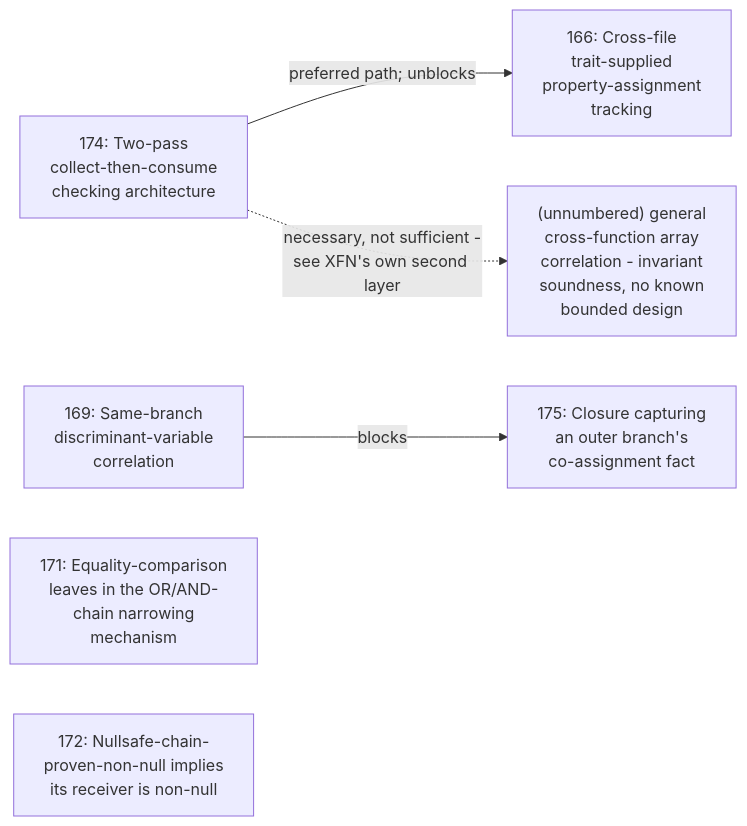
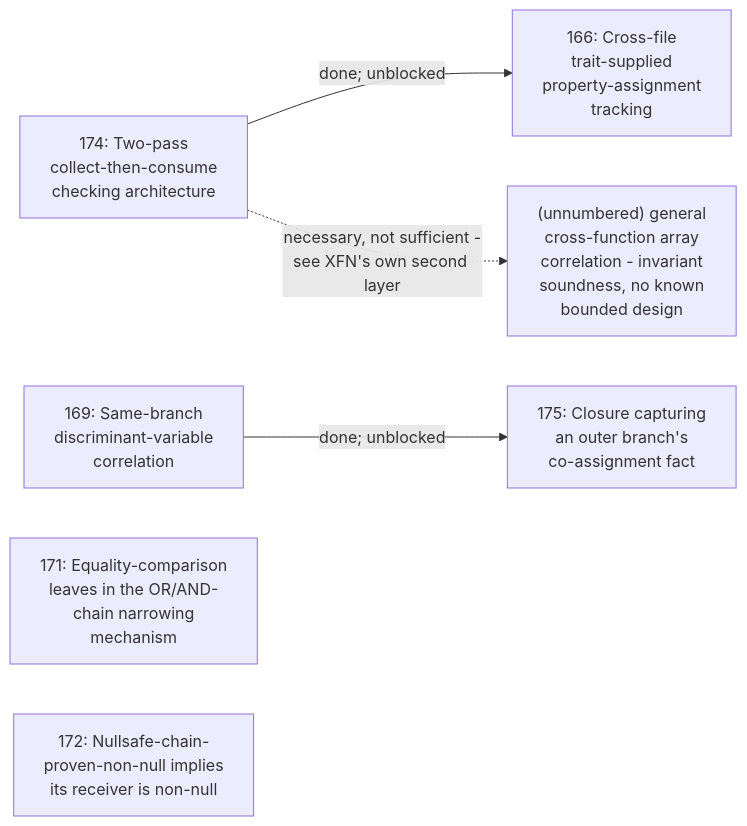
The diagram in PHASE_DEPENDENCIES.md (darktorres/phpstan-rs), drawn with Mermaid before and after one commit. The commit also changed other lines of this file and 2 other files, not shown here.

First line of the commit message:
fold Phases 166/169/174 into ROADMAP's Done section; update PHASE_DEPENDENCIES.md

````diff
--- a/PHASE_DEPENDENCIES.md
+++ b/PHASE_DEPENDENCIES.md
@@ -21,14 +21,14 @@
 ```mermaid
 graph LR
     P174["174: Two-pass\ncollect-then-consume\nchecking architecture"]
     P166["166: Cross-file\ntrait-supplied\nproperty-assignment\ntracking"]
     P169["169: Same-branch\ndiscriminant-variable\ncorrelation"]
     P175["175: Closure capturing\nan outer branch's\nco-assignment fact"]
     P171["171: Equality-comparison\nleaves in the OR/AND-\nchain narrowing\nmechanism"]
     P172["172: Nullsafe-chain-\nproven-non-null implies\nits receiver is non-null"]
     XFN["(unnumbered) general\ncross-function array\ncorrelation - invariant\nsoundness, no known\nbounded design"]
 
-    P174 -->|preferred path; unblocks| P166
+    P174 -->|done; unblocked| P166
     P174 -.->|necessary, not sufficient -\nsee XFN's own second layer| XFN
-    P169 -->|blocks| P175
+    P169 -->|done; unblocked| P175
 ```
````
